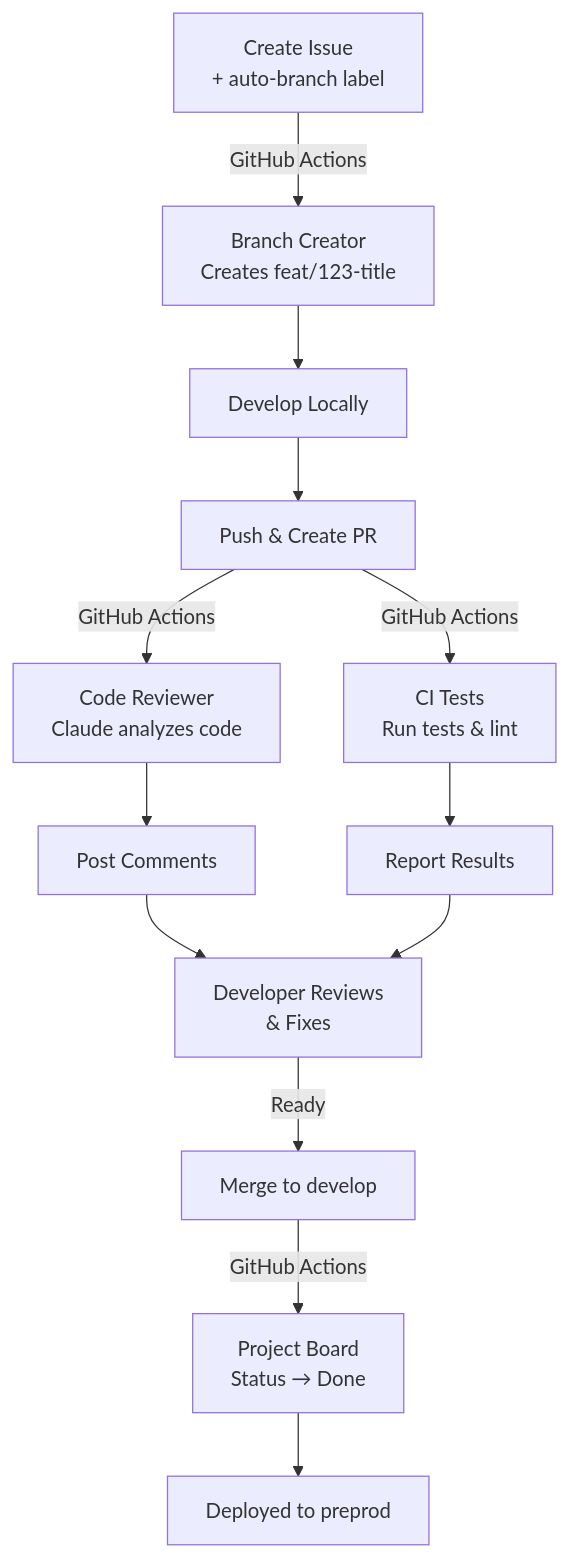
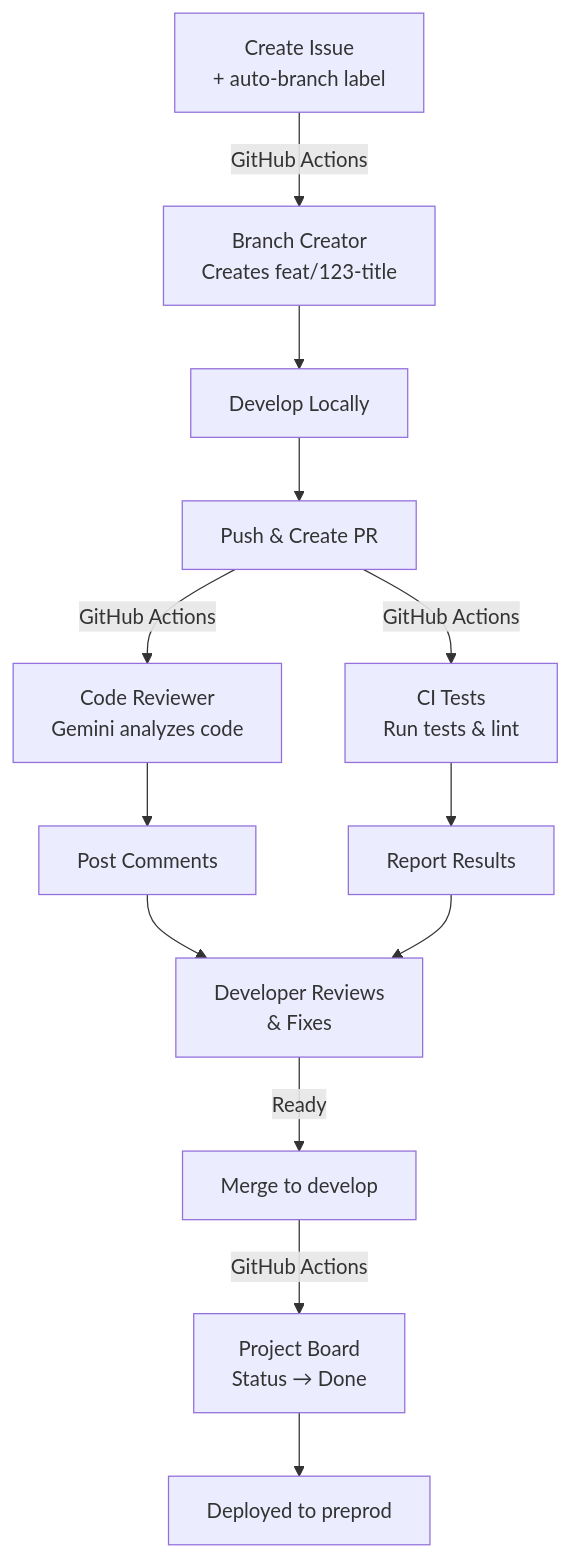
The diagram in docs/index.md (dyvan/github-project-llm-management), drawn with Mermaid before and after one commit. The commit also changed other lines of this file and 24 other files, not shown here.

````diff
--- a/docs/index.md
+++ b/docs/index.md
@@ -69,15 +69,15 @@
 ```mermaid
 graph TD
     A["Create Issue<br/>+ auto-branch label"] -->|GitHub Actions| B["Branch Creator<br/>Creates feat/123-title"]
     B --> C["Develop Locally"]
     C --> D["Push & Create PR"]
-    D -->|GitHub Actions| E["Code Reviewer<br/>Claude analyzes code"]
+    D -->|GitHub Actions| E["Code Reviewer<br/>Gemini analyzes code"]
     D -->|GitHub Actions| F["CI Tests<br/>Run tests & lint"]
     E --> G["Post Comments"]
     F --> H["Report Results"]
     G --> I["Developer Reviews<br/>& Fixes"]
     H --> I
     I -->|Ready| J["Merge to develop"]
     J -->|GitHub Actions| K["Project Board<br/>Status → Done"]
     K --> L["Deployed to preprod"]
 ```
````
